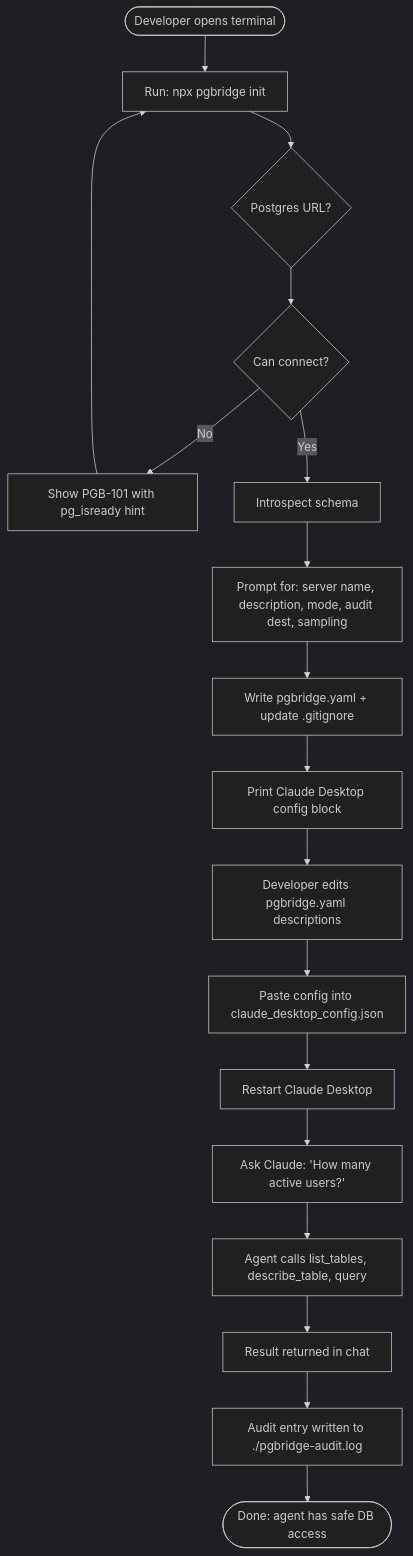
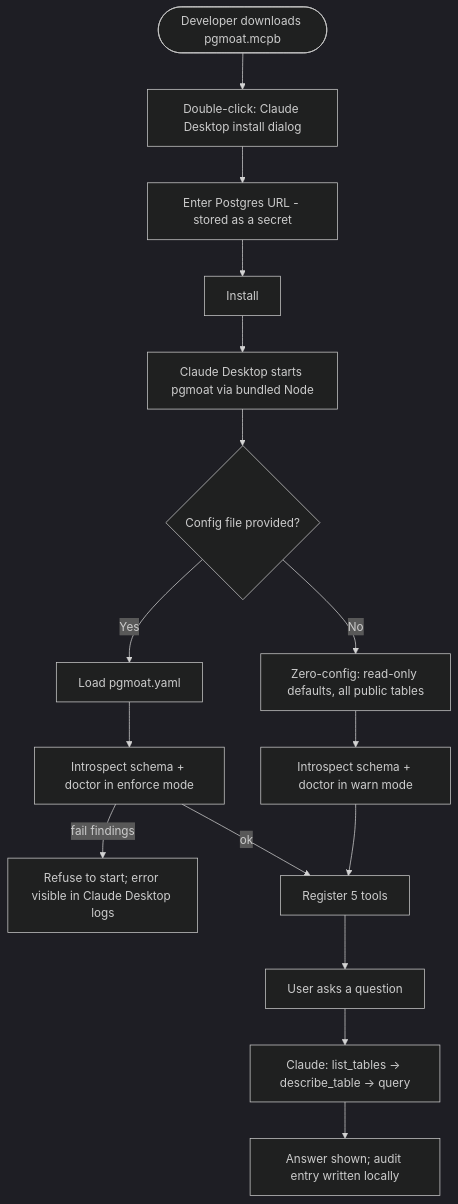
One commit to Kitalon-Labs-LLC/pgmoat changed the first of 14 diagrams in pgmoat-appflow.md. Above: the diagram before and after it, drawn with Mermaid (dark theme). The commit also changed other lines of this file and 11 other files, not shown here.

````diff
--- a/pgmoat-appflow.md
+++ b/pgmoat-appflow.md
@@ -21,19 +14,18 @@
 ```mermaid
 flowchart TD
-    Start([Developer opens terminal]) --> Run[Run: npx pgbridge init]
-    Run --> Prompt1{Postgres URL?}
-    Prompt1 --> Connect{Can connect?}
-    Connect -- No --> Err101[Show PGB-101 with pg_isready hint] --> Run
-    Connect -- Yes --> Introspect[Introspect schema]
-    Introspect --> PromptsRest[Prompt for: server name, description, mode, audit dest, sampling]
-    PromptsRest --> Write[Write pgbridge.yaml + update .gitignore]
-    Write --> PrintBlock[Print Claude Desktop config block]
-    PrintBlock --> Edit[Developer edits pgbridge.yaml descriptions]
-    Edit --> Paste[Paste config into claude_desktop_config.json]
-    Paste --> Restart[Restart Claude Desktop]
-    Restart --> FirstAsk[Ask Claude: 'How many active users?']
-    FirstAsk --> AgentCalls[Agent calls list_tables, describe_table, query]
-    AgentCalls --> Response[Result returned in chat]
-    Response --> AuditWritten[Audit entry written to ./pgbridge-audit.log]
-    AuditWritten --> Done([Done: agent has safe DB access])
+    A([Developer downloads pgmoat.mcpb]) --> B[Double-click: Claude Desktop install dialog]
+    B --> C[Enter Postgres URL - stored as a secret]
+    C --> D[Install]
+    D --> E[Claude Desktop starts pgmoat via bundled Node]
+    E --> F{Config file provided?}
+    F -- No --> G[Zero-config: read-only defaults, all public tables]
+    F -- Yes --> H[Load pgmoat.yaml]
+    G --> I[Introspect schema + doctor in warn mode]
+    H --> J[Introspect schema + doctor in enforce mode]
+    J -- fail findings --> K[Refuse to start; error visible in Claude Desktop logs]
+    J -- ok --> L[Register 5 tools]
+    I --> L
+    L --> M[User asks a question]
+    M --> N[Claude: list_tables -> describe_table -> query]
+    N --> O[Answer shown; audit entry written locally]
 ```
````
